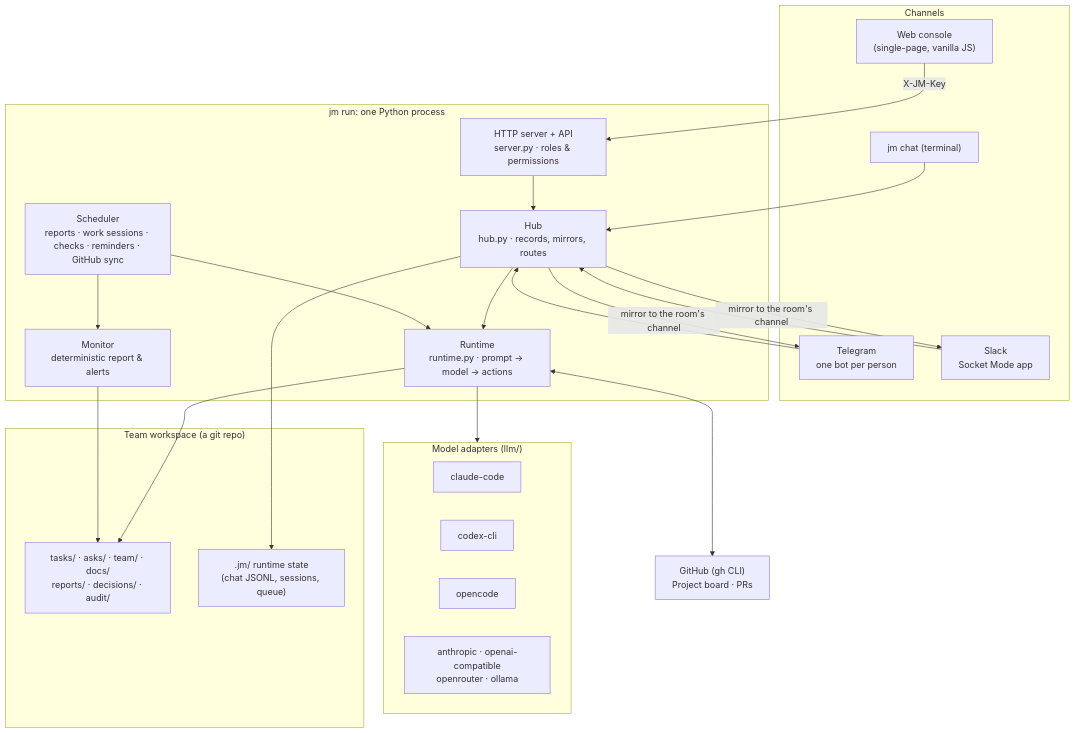
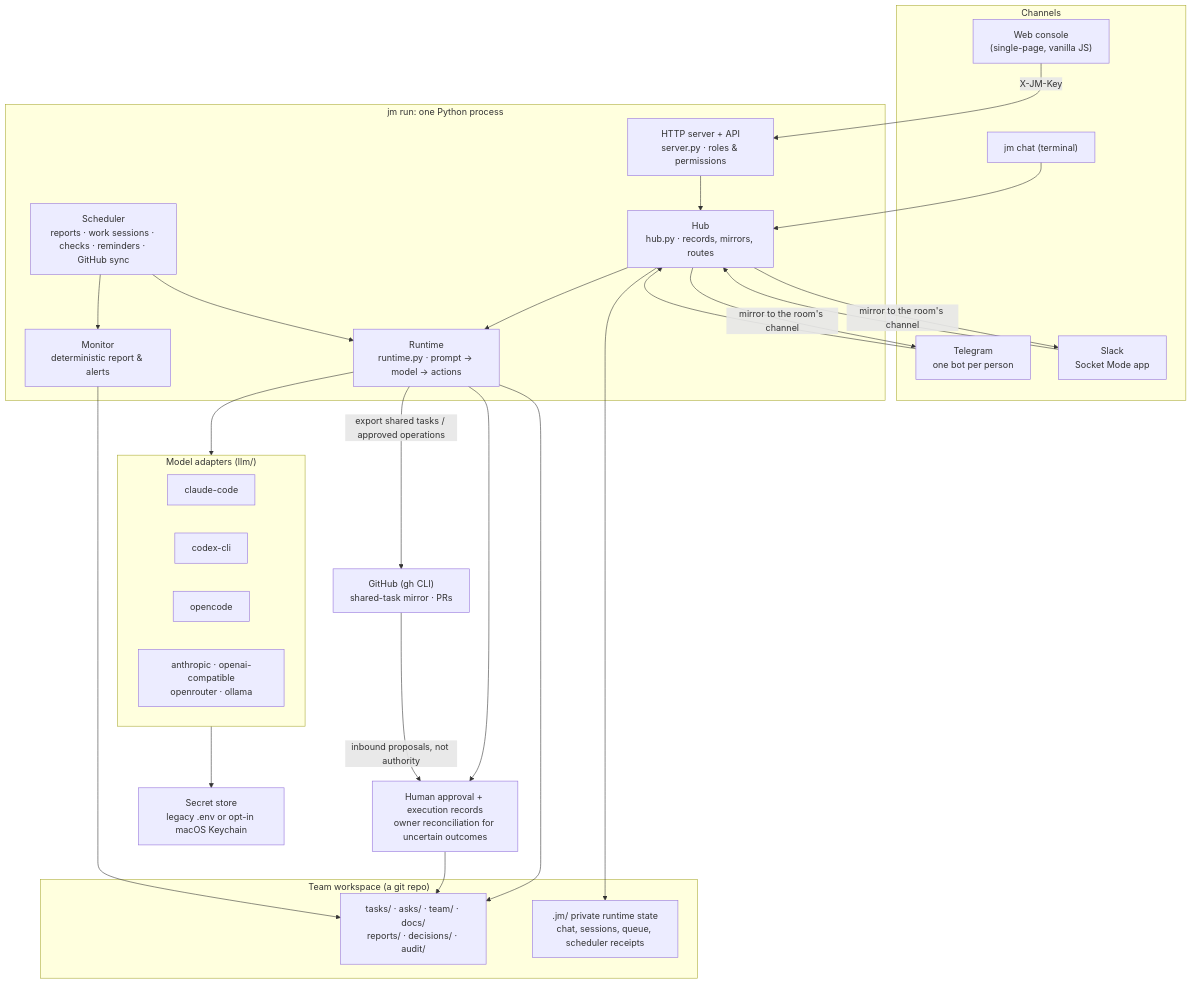
Before and after one commit to CuriousDevs-AI/james-monitoring: the third of 5 diagrams in README.md, drawn with Mermaid. The commit also changed other lines of this file and 3 other files, not shown here.

Commit message:
Document workforce flows, verification status and execution limits

````diff
--- a/README.md
+++ b/README.md
@@ -249,44 +349,49 @@
 ```mermaid
 flowchart TB
     subgraph Channels
         WEB["Web console<br/>(single-page, vanilla JS)"]
         TG["Telegram<br/>one bot per person"]
         SL["Slack<br/>Socket Mode app"]
         CLI["jm chat (terminal)"]
     end
 
     subgraph Process["jm run: one Python process"]
         HTTP["HTTP server + API<br/>server.py · roles & permissions"]
         HUB["Hub<br/>hub.py · records, mirrors, routes"]
         RT["Runtime<br/>runtime.py · prompt → model → actions"]
         SCH["Scheduler<br/>reports · work sessions · checks · reminders · GitHub sync"]
         MON["Monitor<br/>deterministic report & alerts"]
     end
 
     subgraph Models["Model adapters (llm/)"]
         CC["claude-code"]
         CX["codex-cli"]
         OC["opencode"]
         API["anthropic · openai-compatible<br/>openrouter · ollama"]
     end
 
     subgraph Storage["Team workspace (a git repo)"]
         GIT["tasks/ · asks/ · team/ · docs/<br/>reports/ · decisions/ · audit/"]
-        JM[".jm/ runtime state<br/>(chat JSONL, sessions, queue)"]
+        JM[".jm/ private runtime state<br/>chat, sessions, queue, scheduler receipts"]
     end
 
-    GH["GitHub (gh CLI)<br/>Project board · PRs"]
+    GH["GitHub (gh CLI)<br/>shared-task mirror · PRs"]
+    APPROVAL["Human approval + execution records<br/>owner reconciliation for uncertain outcomes"]
+    CREDS["Secret store<br/>legacy .env or opt-in macOS Keychain"]
 
     WEB -->|X-JM-Key| HTTP --> HUB
     TG --> HUB
     SL --> HUB
     CLI --> HUB
     HUB --> RT
     RT --> Models
+    Models --> CREDS
     RT --> GIT
+    RT --> APPROVAL --> GIT
     HUB --> JM
     SCH --> RT
     SCH --> MON --> GIT
-    RT <--> GH
+    RT -->|"export shared tasks / approved operations"| GH
+    GH -->|"inbound proposals, not authority"| APPROVAL
     HUB -->|mirror to the room's channel| TG & SL
 ```
````
